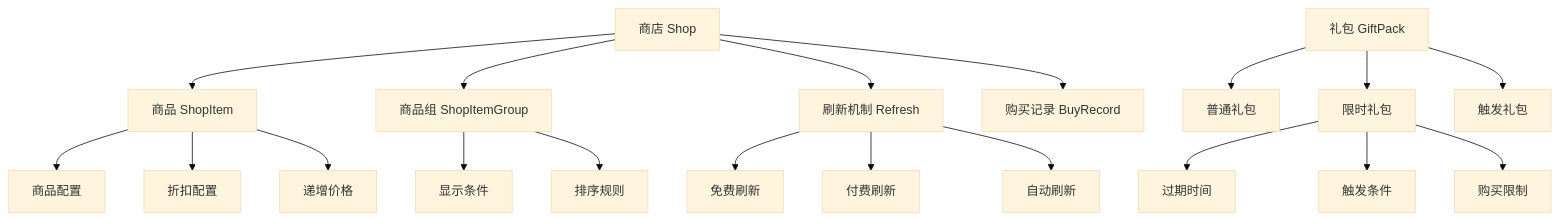
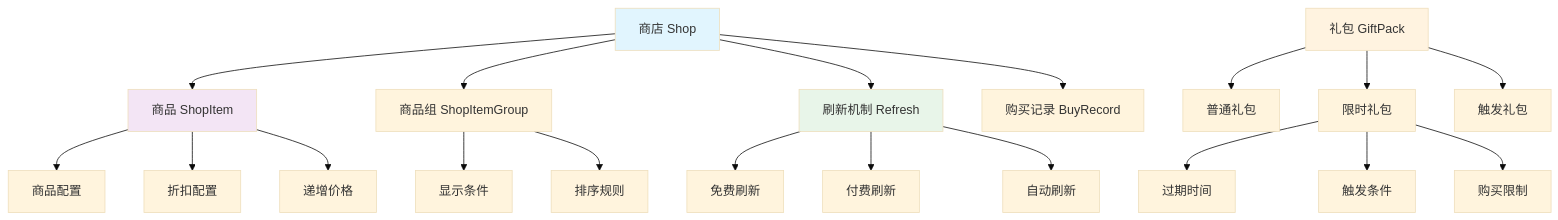
One commit to Alan-Ben/k2c_game_framework changed the first of 9 diagrams in docs/Module_Shop/01_数据配表.md. Above: the diagram before and after it, drawn with Mermaid (base theme). The commit also changed other lines of this file and 4 other files, not shown here.

````diff
--- a/docs/Module_Shop/01_数据配表.md
+++ b/docs/Module_Shop/01_数据配表.md
@@ -13,26 +13,31 @@
 ```mermaid
 graph TD
     A[商店 Shop] --> B[商品 ShopItem]
     A --> C[商品组 ShopItemGroup]
     A --> D[刷新机制 Refresh]
     A --> E[购买记录 BuyRecord]
 
     B --> B1[商品配置]
     B --> B2[折扣配置]
     B --> B3[递增价格]
 
     C --> C1[显示条件]
     C --> C2[排序规则]
 
     D --> D1[免费刷新]
     D --> D2[付费刷新]
     D --> D3[自动刷新]
 
     F[礼包 GiftPack] --> G[普通礼包]
     F --> H[限时礼包]
     F --> I[触发礼包]
 
     H --> H1[过期时间]
     H --> H2[触发条件]
     H --> H3[购买限制]
+
+    style A fill:#e1f5fe
+    style F fill:#fff3e0
+    style B fill:#f3e5f5
+    style D fill:#e8f5e9
 ```
````
